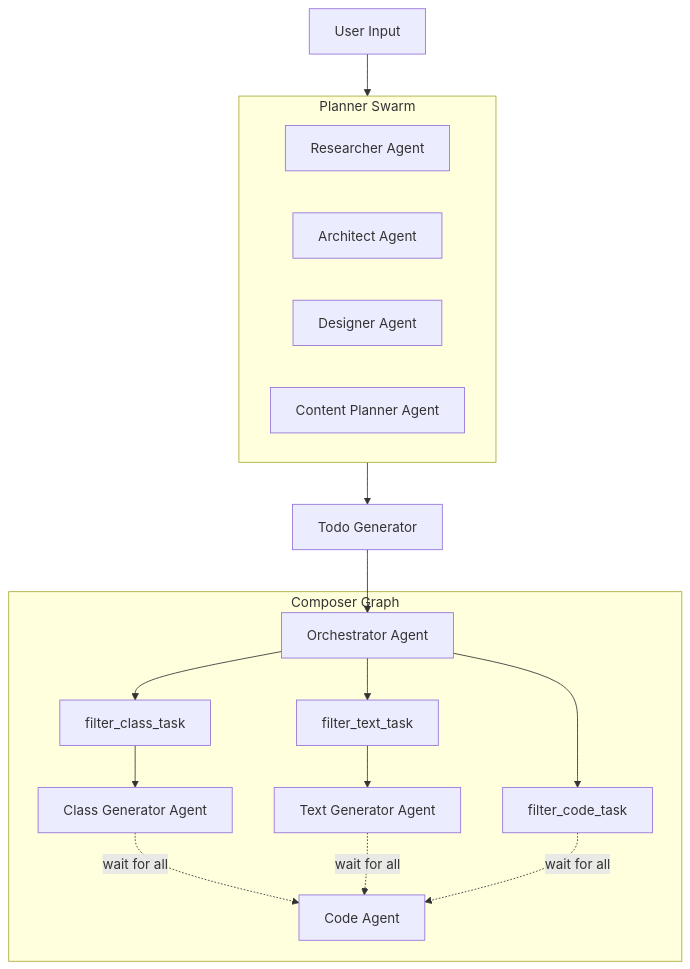
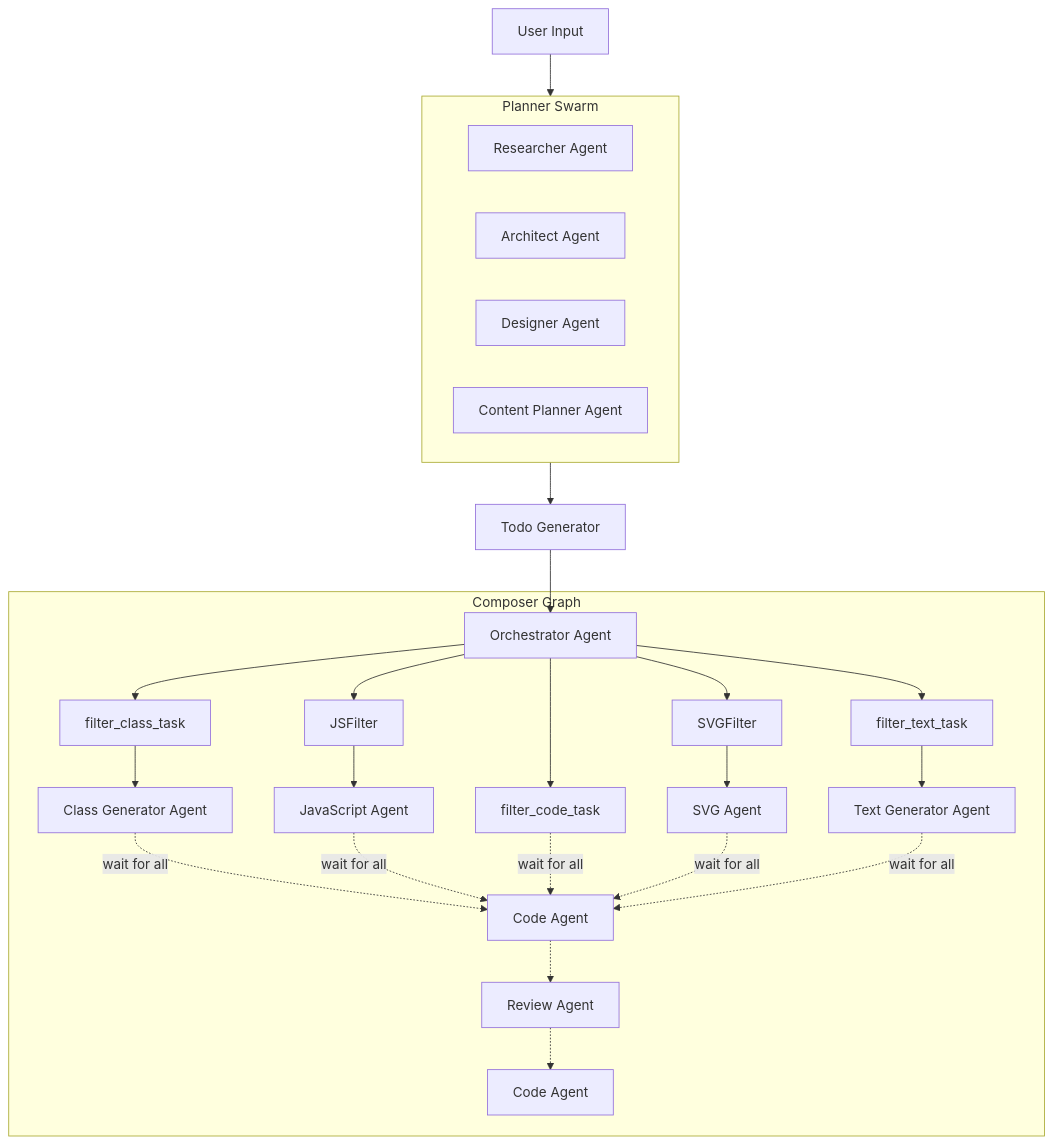
The diagram in graph-multi-agent.md (lmandrelli/grape-coder), drawn with Mermaid before and after one commit. The commit also changed 2 other files, not shown here.

Commit message:
feat: README + Contributing

````diff
--- a/graph-multi-agent.md
+++ b/graph-multi-agent.md
@@ -1,30 +1,42 @@
 ```mermaid
 graph TD
     User[User Input] --> PlannerSwarm --> TodoGenerator[Todo Generator] --> Orchestrator
     
     subgraph PlannerSwarm["Planner Swarm"]
         Researcher[Researcher Agent]
         Architect[Architect Agent]
         Designer[Designer Agent]
         ContentPlanner[Content Planner Agent]
     end
     
     subgraph ComposerGraph["Composer Graph"]
         Orchestrator[Orchestrator Agent]
         ClassFilter[filter_class_task]
         TextFilter[filter_text_task]
         CodeFilter[filter_code_task]
         ClassAgent[Class Generator Agent]
+        JSAgent[JavaScript Agent]
+        SVGAgent[SVG Agent]
         TextAgent[Text Generator Agent]
         CodeAgent[Code Agent]
+        CodeAgent2[Code Agent]
+        ReviewAgent[Review Agent]
         
         Orchestrator --> ClassFilter
+        Orchestrator --> JSFilter
+        Orchestrator --> SVGFilter
         Orchestrator --> TextFilter
         Orchestrator --> CodeFilter
         ClassFilter --> ClassAgent
+        JSFilter --> JSAgent
+        SVGFilter --> SVGAgent
         TextFilter --> TextAgent
         ClassAgent -.->|wait for all| CodeAgent
+        JSAgent -.->|wait for all| CodeAgent
+        CodeFilter -.->|wait for all| CodeAgent
+        SVGAgent -.->|wait for all| CodeAgent
         TextAgent -.->|wait for all| CodeAgent
-        CodeFilter -.->|wait for all| CodeAgent
+        CodeAgent -.-> ReviewAgent
+        ReviewAgent -.-> CodeAgent2
     end
 ```
````
